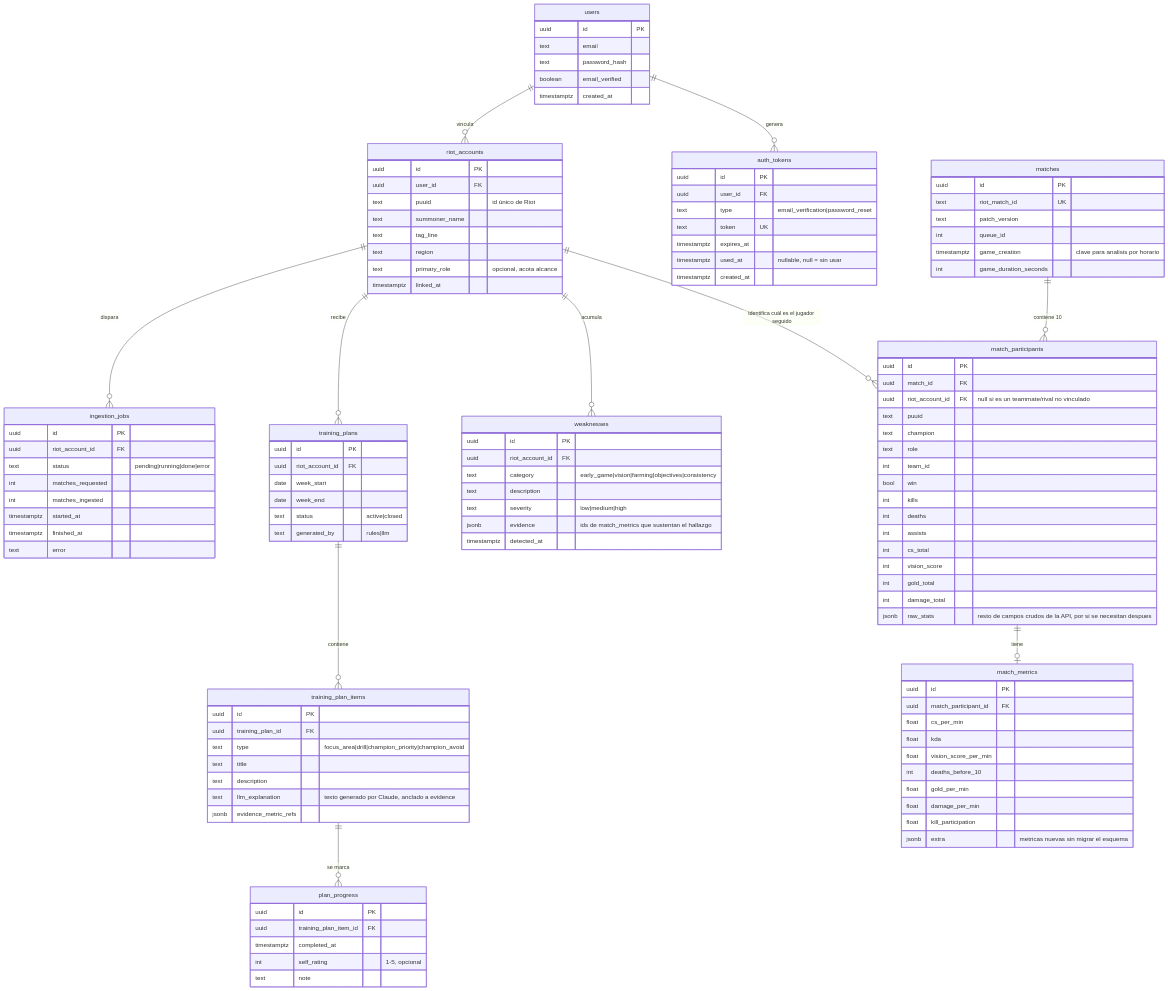
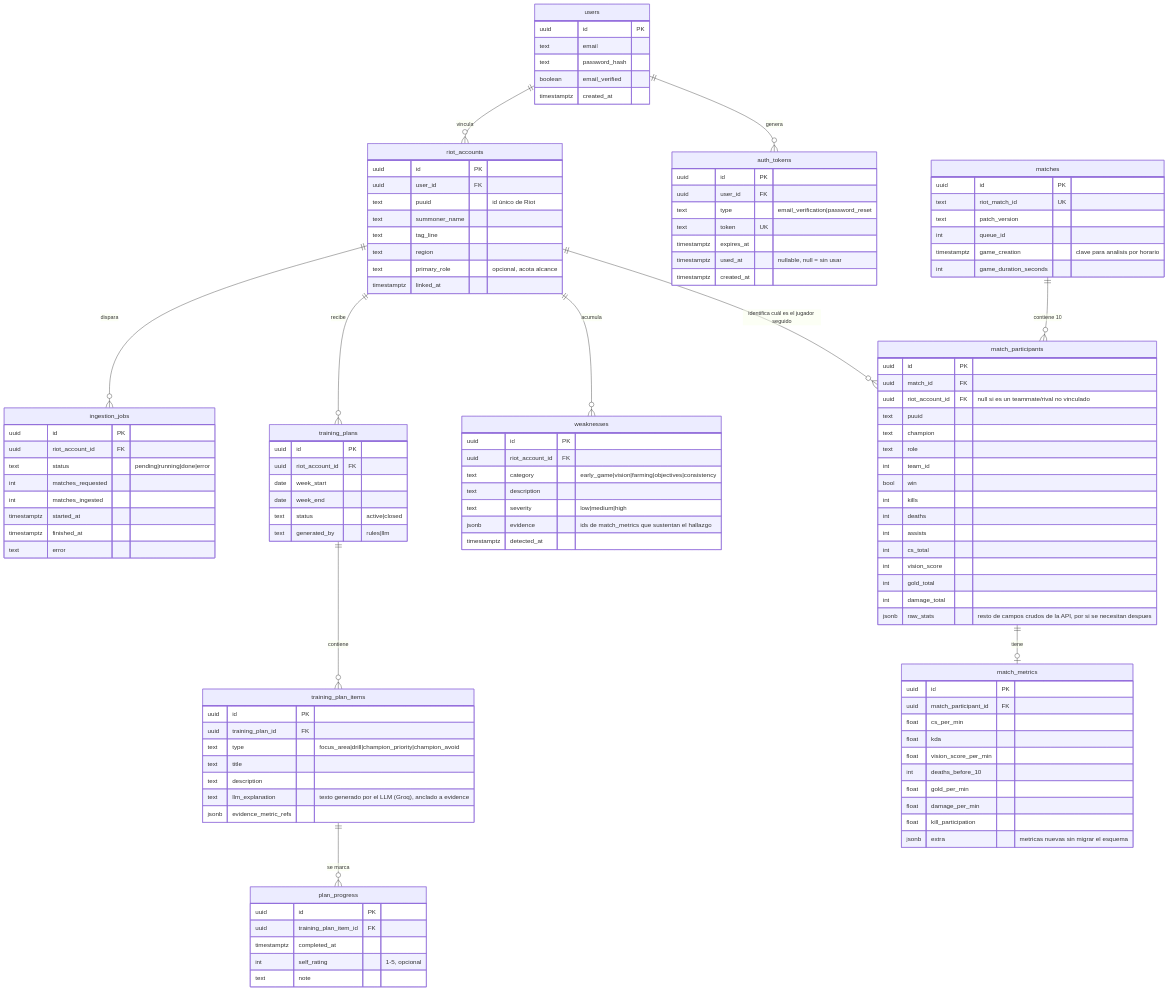
Before and after one commit to erickm13/lol-performance-coach: the diagram in docs/modelo-entidad-relacion.md, drawn with Mermaid. The commit also changed other lines of this file and 28 other files, not shown here.

```diff
--- a/docs/modelo-entidad-relacion.md
+++ b/docs/modelo-entidad-relacion.md
@@ -114,7 +114,7 @@
         text type "focus_area|drill|champion_priority|champion_avoid"
         text title
         text description
-        text llm_explanation "texto generado por Claude, anclado a evidence"
+        text llm_explanation "texto generado por el LLM (Groq), anclado a evidence"
         jsonb evidence_metric_refs
     }
     plan_progress {
```
